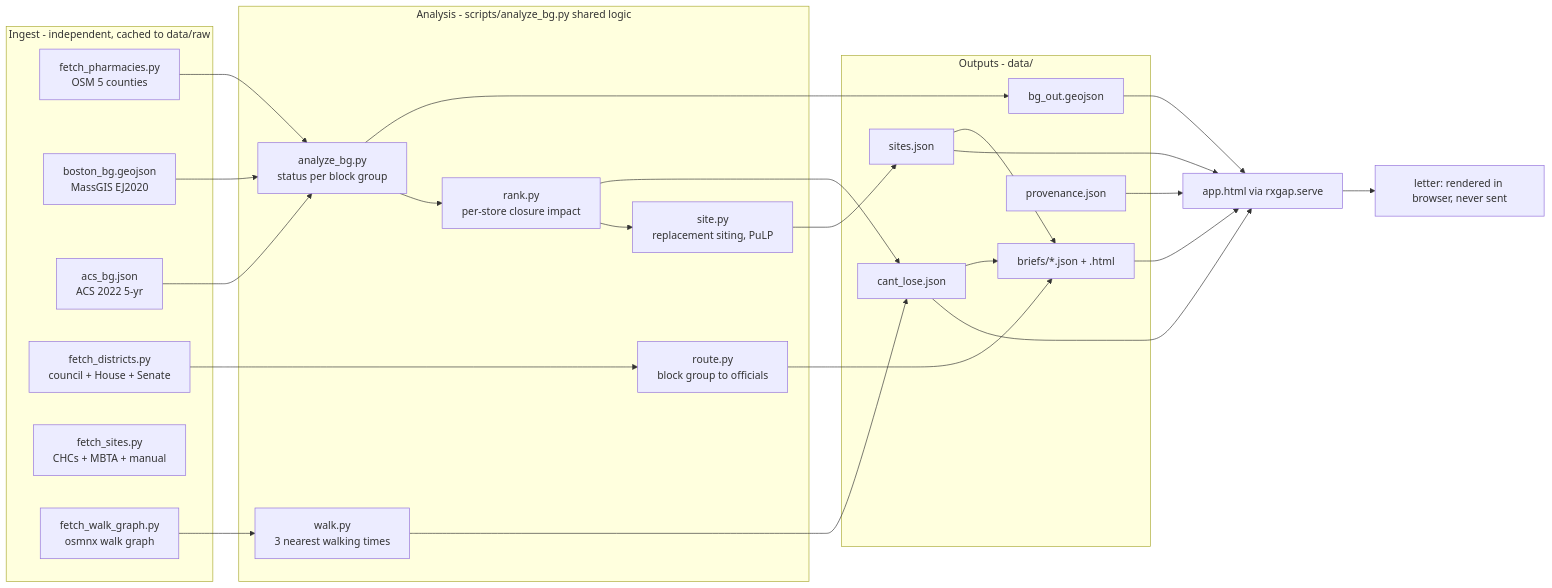
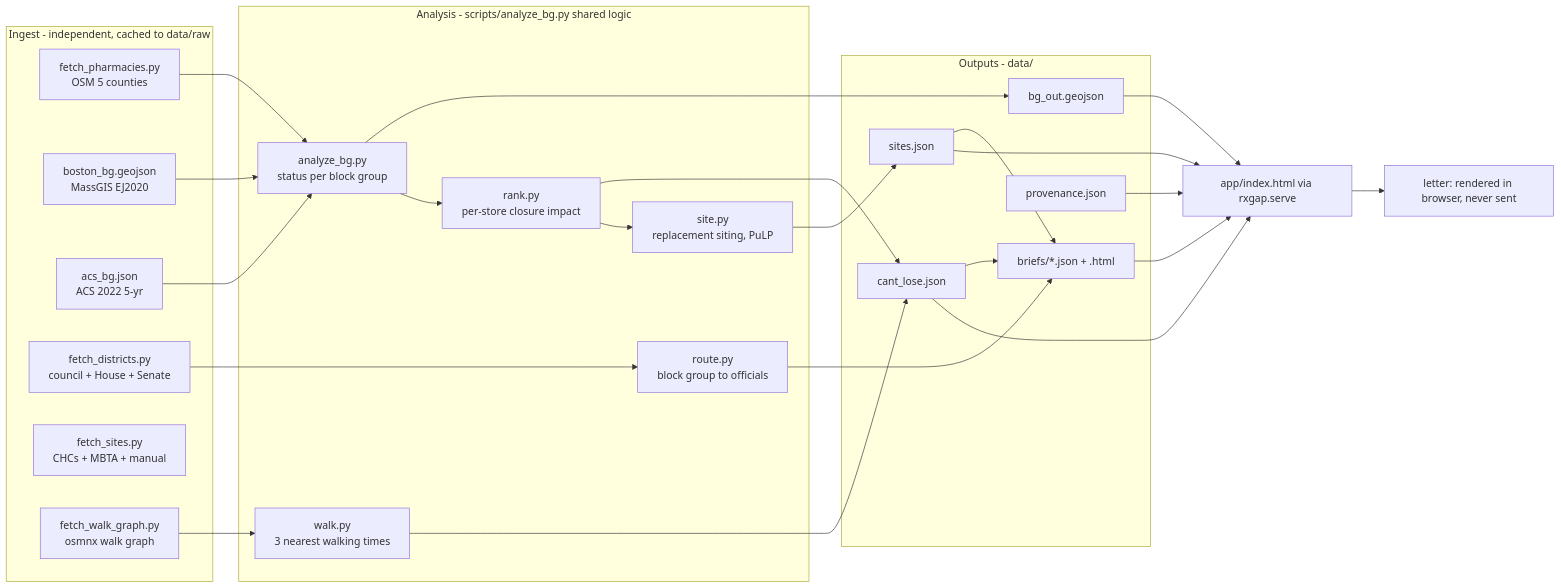
One commit to EnchantedCocoa/rxgap changed the diagram in .kiro/specs/rxgap/design.md. Above: the diagram before and after it, drawn with Mermaid.

Commit message:
설계 다이어그램 경로 수정

````diff
--- a/.kiro/specs/rxgap/design.md
+++ b/.kiro/specs/rxgap/design.md
@@ -21,33 +21,33 @@
 ```mermaid
 flowchart LR
   subgraph ingest [Ingest - independent, cached to data/raw]
     P[fetch_pharmacies.py<br/>OSM 5 counties]
     B[boston_bg.geojson<br/>MassGIS EJ2020]
     A[acs_bg.json<br/>ACS 2022 5-yr]
     D[fetch_districts.py<br/>council + House + Senate]
     S[fetch_sites.py<br/>CHCs + MBTA + manual]
     W[fetch_walk_graph.py<br/>osmnx walk graph]
   end
   subgraph analysis [Analysis - scripts/analyze_bg.py shared logic]
     C[analyze_bg.py<br/>status per block group]
     R[rank.py<br/>per-store closure impact]
     X[site.py<br/>replacement siting, PuLP]
     T[walk.py<br/>3 nearest walking times]
     O[route.py<br/>block group to officials]
   end
   subgraph out [Outputs - data/]
     BO[bg_out.geojson]
     CL[cant_lose.json]
     SI[sites.json]
     BR[briefs/*.json + .html]
     PV[provenance.json]
   end
   P & B & A --> C --> BO
   C --> R --> CL
   R --> X --> SI
   W --> T --> CL
   D --> O --> BR
   CL & SI --> BR
-  BO & CL & SI & BR & PV --> APP[app.html via rxgap.serve]
+  BO & CL & SI & BR & PV --> APP[app/index.html via rxgap.serve]
   APP --> LET[letter: rendered in browser, never sent]
 ```
````
